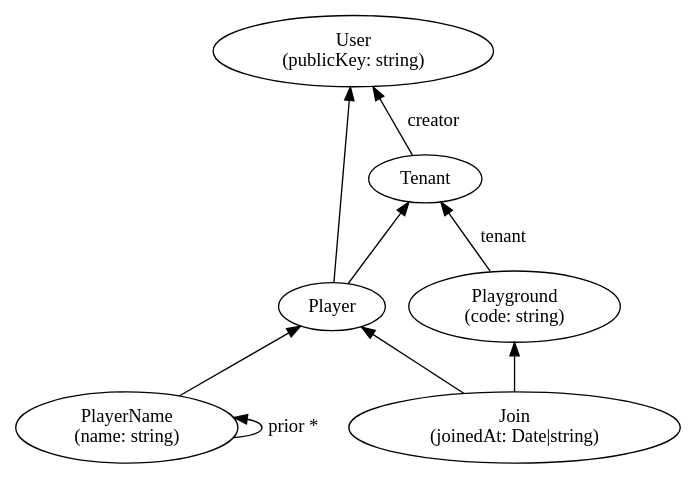
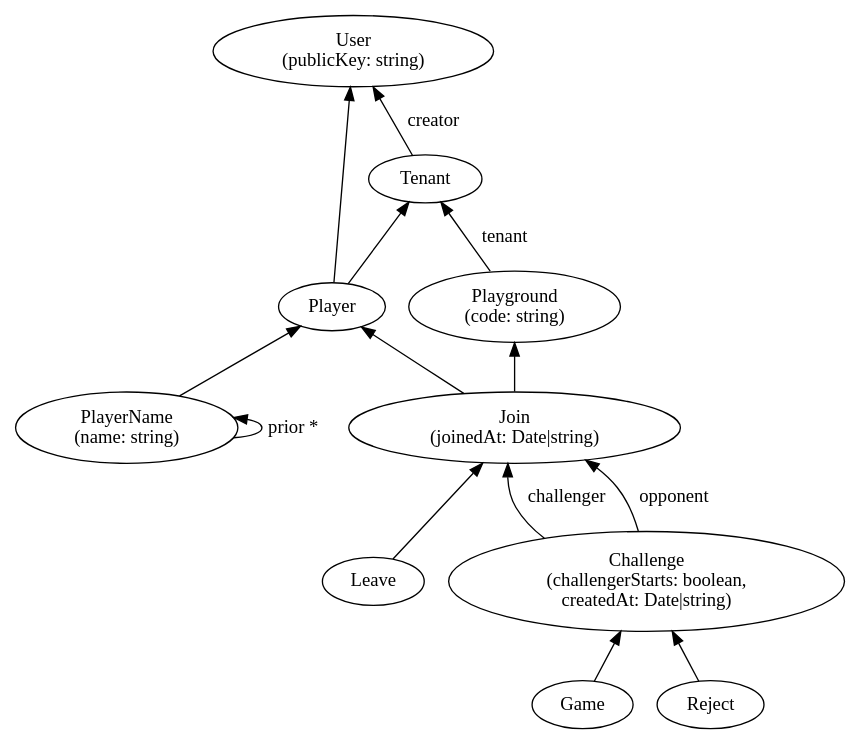
The diagram in docs/models/playground.dot (michaellperry/gamehub), drawn with Graphviz before and after one commit. The commit also changed 2 other files, not shown here.

Commit message:
Enhance playground model and documentation for challenge flow. Added relationships for Leave and Challenge actions in the playground model, and updated the Playground PRD to include player interaction details during the challenge process.

```diff
--- a/docs/models/playground.dot
+++ b/docs/models/playground.dot
@@ -1,17 +1,26 @@
 digraph {
     rankdir=BT
     User [label="User\n(publicKey: string)"]
 
     Tenant -> User [label="creator"]
     Player -> User, Tenant
 
     PlayerName [label="PlayerName\n(name: string)"]
     PlayerName -> Player
     PlayerName -> PlayerName [label="prior *"]
 
     Playground -> Tenant [label="tenant"]
     Playground [label="Playground\n(code: string)"]
 
     Join [label="Join\n(joinedAt: Date|string)"]
     Join -> Player, Playground
+
+    Leave -> Join
+
+    Challenge -> Join [label="challenger"]
+    Challenge -> Join [label="opponent"]
+    Challenge [label="Challenge\n(challengerStarts: boolean,\ncreatedAt: Date|string)"]
+
+    Game -> Challenge
+    Reject -> Challenge
 }
```
